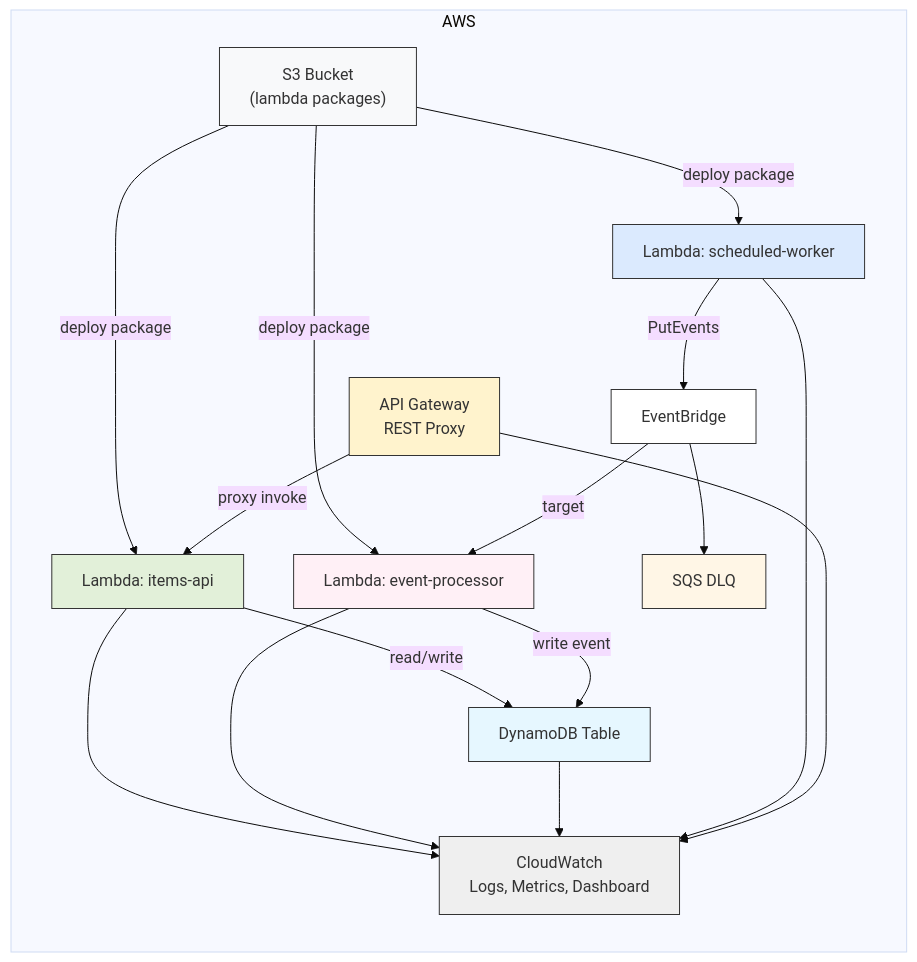
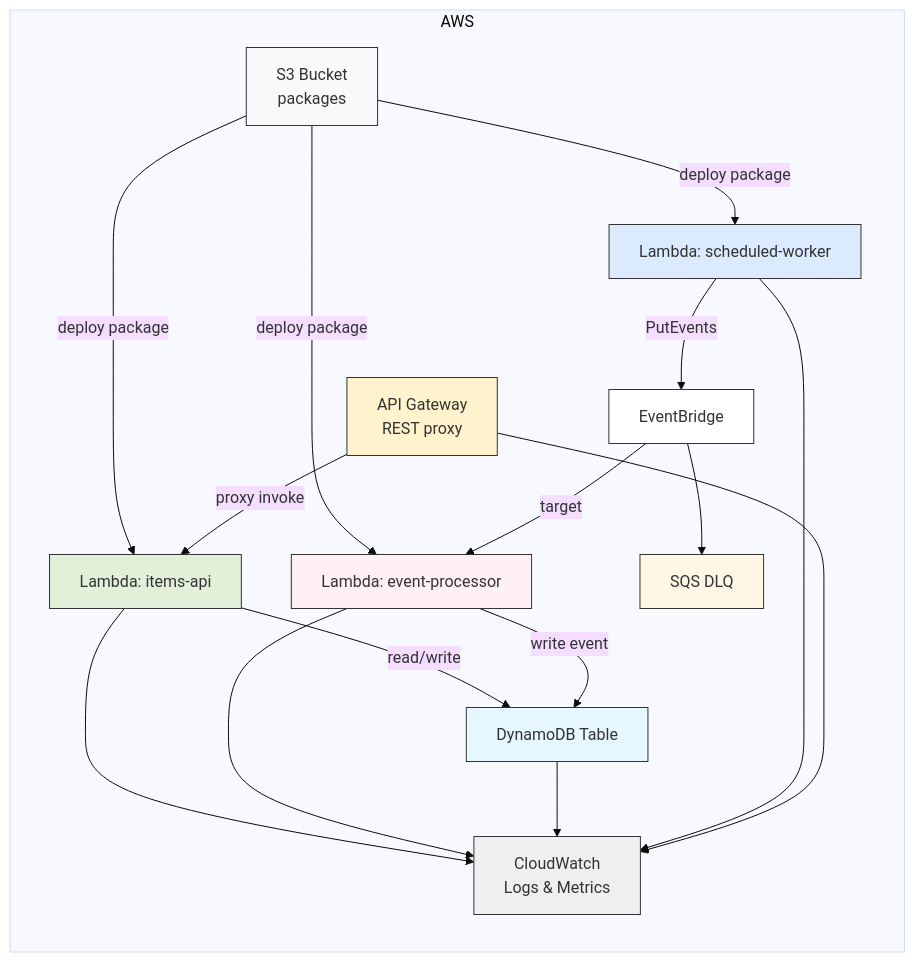
The diagram in ARCHITECTURE.md (SSSS5401/Vistra-DevOps-assignment), drawn with Mermaid (base theme) before and after one commit. The commit also changed other lines of this file and 5 other files, not shown here.

````diff
--- a/ARCHITECTURE.md
+++ b/ARCHITECTURE.md
@@ -5,42 +5,42 @@
 ```mermaid
 flowchart LR
   subgraph AWS
-    S3["S3 Bucket<br>(lambda packages)"]
-    APIGW["API Gateway<br>REST Proxy"]
+    S3["S3 Bucket<br>packages"]
+    APIGW["API Gateway<br>REST proxy"]
     LambdaItems[Lambda: items-api]
     LambdaSched[Lambda: scheduled-worker]
     LambdaProc[Lambda: event-processor]
     DDB[DynamoDB Table]
     EB[EventBridge]
     DLQ[SQS DLQ]
-    CW["CloudWatch<br>Logs, Metrics, Dashboard"]
+    CW["CloudWatch<br>Logs & Metrics"]
   end
 
   S3 -->|deploy package| LambdaItems
   S3 -->|deploy package| LambdaSched
   S3 -->|deploy package| LambdaProc
 
   APIGW -->|proxy invoke| LambdaItems
   LambdaItems -->|read/write| DDB
   LambdaItems --> CW
 
   LambdaSched -->|PutEvents| EB
   EB -->|target| LambdaProc
   EB --> DLQ
   LambdaProc -->|write event| DDB
   LambdaProc --> CW
 
   DDB --> CW
   LambdaSched --> CW
   APIGW --> CW
 
   style S3 fill:#f8f9fa,stroke:#333
   style APIGW fill:#fff3cd,stroke:#333
   style LambdaItems fill:#e2f0d9,stroke:#333
   style LambdaSched fill:#dbeafe,stroke:#333
   style LambdaProc fill:#fff0f6,stroke:#333
   style DDB fill:#e6f7ff,stroke:#333
   style EB fill:#fff,stroke:#333
   style DLQ fill:#fff6e6,stroke:#333
   style CW fill:#efefef,stroke:#333
 ```
````
